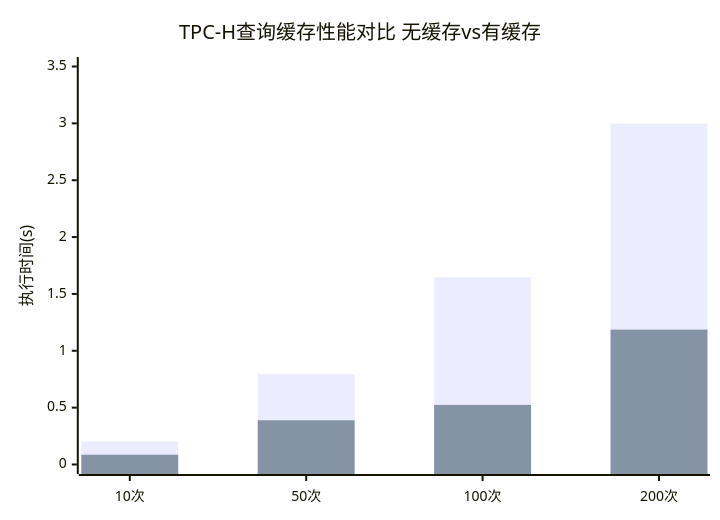
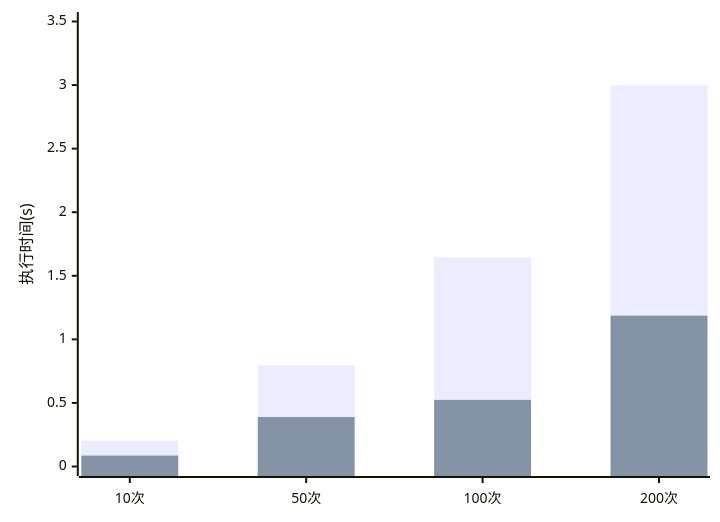
Before and after one commit to crazypenguincode/duckdb: the fourth of 6 diagrams in md/第六章-实验与分析.md, drawn with Mermaid. The commit also changed other lines of this file and 40 other files, not shown here.

Commit message:
更新图片无边框

````diff
--- a/md/第六章-实验与分析.md
+++ b/md/第六章-实验与分析.md
@@ -172,8 +170,7 @@
 ```mermaid
 xychart-beta
-    title "TPC-H查询缓存性能对比 无缓存vs有缓存"
     x-axis ["10次", "50次", "100次", "200次"]
     y-axis "执行时间(s)" 0 --> 3.5
     bar "无缓存" [0.203, 0.795, 1.646, 2.998]
     bar "有缓存" [0.086, 0.389, 0.524, 1.186]
 ```
````
